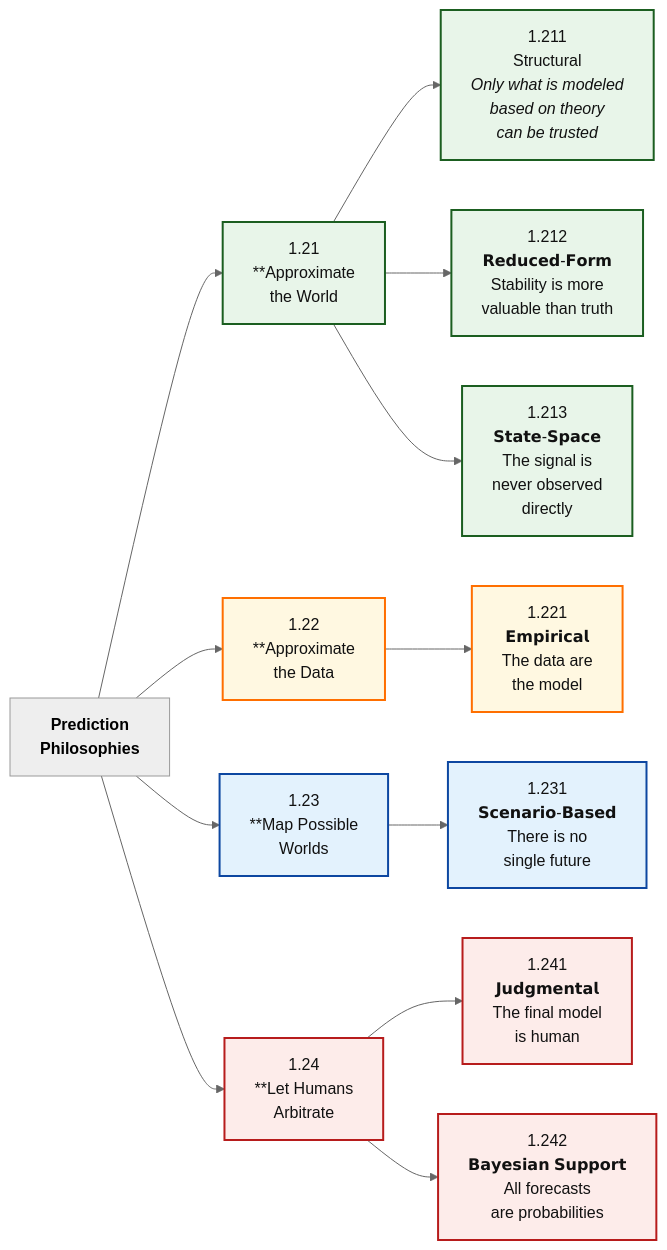
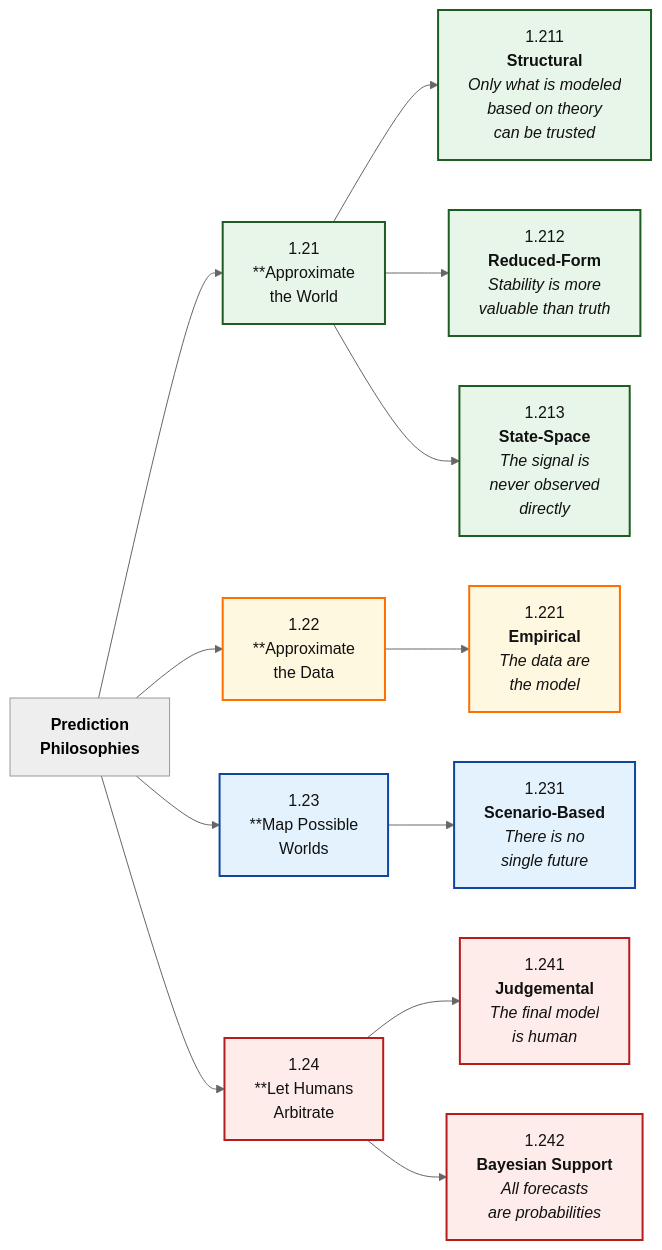
One commit to Tellusant/docs changed the diagram in articles-posts/predictive-model-evaluation-framework.md. Above: the diagram before and after it, drawn with Mermaid (neutral theme).

```diff
--- a/articles-posts/predictive-model-evaluation-framework.md
+++ b/articles-posts/predictive-model-evaluation-framework.md
@@ -25,42 +25,42 @@
 <div class="mermaid">
   
 flowchart LR
 
 %% ========= NODES =========
 P["`**Prediction**<br/>**Philosophies**`"]:::none
 
 AW["`1.21<br/>**Approximate<br/>the World`"]:::strong
 AD["`1.22<br/>**Approximate<br/>the Data`"]:::mixed
 PW["`1.23<br/>**Map Possible<br/>Worlds`"]:::neutral
 HA["`1.24<br/>**Let Humans<br/>Arbitrate`"]:::risk
 
-STR["`1.211<br/>Structural<br/>*Only what is modeled<br/>based on theory<br/>can be trusted*`"]:::strong
-RED["`1.212<br/>𝗥𝗲𝗱𝘂𝗰𝗲𝗱-𝗙𝗼𝗿𝗺<br/>Stability is more<br/>valuable than truth`"]:::strong
-STA["`1.213<br/>𝗦𝘁𝗮𝘁𝗲-𝗦𝗽𝗮𝗰𝗲<br/>The signal is<br/>never observed<br/>directly`"]:::strong
-EMP["`1.221<br/>𝗘𝗺𝗽𝗶𝗿𝗶𝗰𝗮𝗹<br/>The data are<br/>the model`"]:::mixed
-SCE["`1.231<br/>𝗦𝗰𝗲𝗻𝗮𝗿𝗶𝗼-𝗕𝗮𝘀𝗲𝗱<br/>There is no<br/>single future`"]:::neutral
-JUD["`1.241<br/>𝗝𝘂𝗱𝗴𝗺𝗲𝗻𝘁𝗮𝗹<br/>The final model<br/>is human`"]:::risk
-BAY["`1.242<br/>𝗕𝗮𝘆𝗲𝘀𝗶𝗮𝗻 𝗦𝘂𝗽𝗽𝗼𝗿𝘁<br/>All forecasts<br/>are probabilities`"]:::risk
+STR["`1.211<br/>**Structural**<br/>*Only what is modeled<br/>based on theory<br/>can be trusted*`"]:::strong
+RED["`1.212<br/>**Reduced-Form**<br/>*Stability is more<br/>valuable than truth*`"]:::strong
+STA["`1.213<br/>**State-Space**<br/>*The signal is<br/>never observed<br/>directly*`"]:::strong
+EMP["`1.221<br/>**Empirical**<br/>*The data are<br/>the model*`"]:::mixed
+SCE["`1.231<br/>**Scenario-Based**<br/>*There is no<br/>single future*`"]:::neutral
+JUD["`1.241<br/>**Judgemental**<br/>*The final model<br/>is human*`"]:::risk
+BAY["`1.242<br/>**Bayesian Support**<br/>*All forecasts<br/>are probabilities*`"]:::risk
 
 %% ========= RELATIONSHIPS =========
 P --> AW
 P --> AD
 P --> PW
 P --> HA
 AW --> STR
 AW --> RED
 AW --> STA
 AD --> EMP
 PW --> SCE
 HA --> JUD
 HA --> BAY
 
 %% ========= STYLES =========
 classDef strong  fill:#E8F5E9,stroke:#1B5E20,stroke-width:2px,color:#111;
 classDef neutral fill:#E3F2FD,stroke:#0D47A1,stroke-width:2px,color:#111;
 classDef mixed   fill:#FFF8E1,stroke:#FF6F00,stroke-width:2px,color:#111;
 classDef risk    fill:#FDECEA,stroke:#B71C1C,stroke-width:2px,color:#111;
 classDef summary fill:#F5F5F5,stroke:#424242,stroke-width:2px,color:#111;
 classDef anchor fill:transparent,stroke:transparent;
 
 </div>
```
